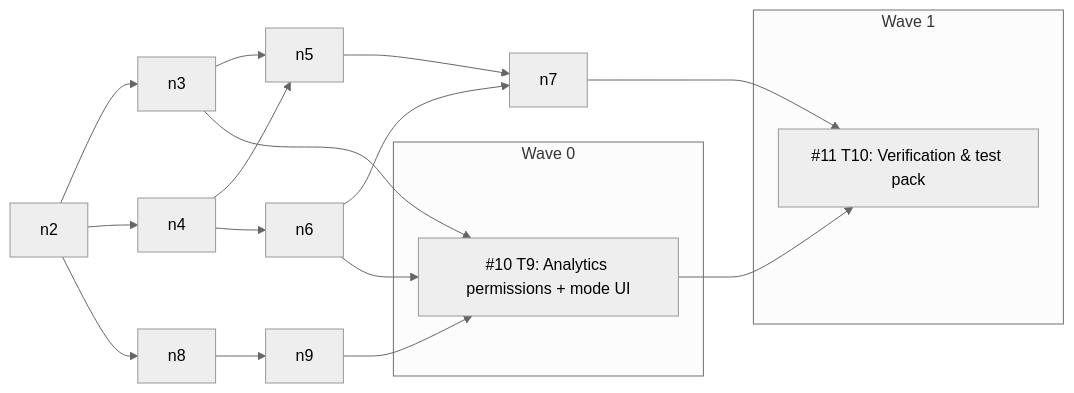
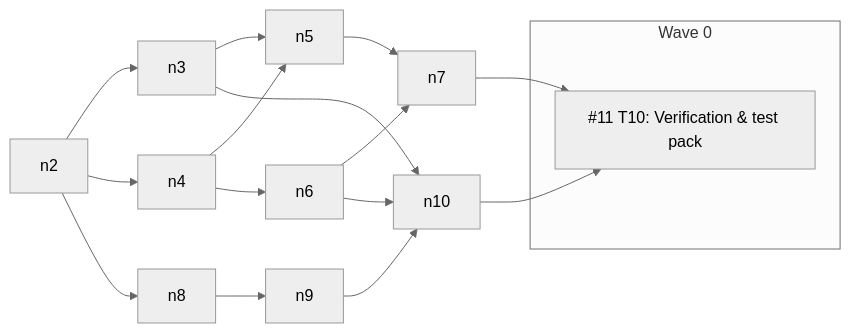
Before and after one commit to bugscoderlab/open-notebook: the first of 2 diagrams in docs/7-DEVELOPMENT/team-access/schedule.md, drawn with Mermaid (neutral theme). The commit also changed other lines of this file, not shown here.

````diff
--- a/docs/7-DEVELOPMENT/team-access/schedule.md
+++ b/docs/7-DEVELOPMENT/team-access/schedule.md
@@ -20,23 +20,20 @@
 ```mermaid
 flowchart LR
   subgraph "Wave 0"
-    n10["#10 T9: Analytics permissions + mode UI"]
-  end
-  subgraph "Wave 1"
     n11["#11 T10: Verification & test pack"]
   end
   n2 --> n3
   n2 --> n4
   n3 --> n5
   n4 --> n5
   n4 --> n6
   n5 --> n7
   n6 --> n7
   n2 --> n8
   n8 --> n9
   n3 --> n10
   n6 --> n10
   n9 --> n10
   n7 --> n11
   n10 --> n11
 ```
````
